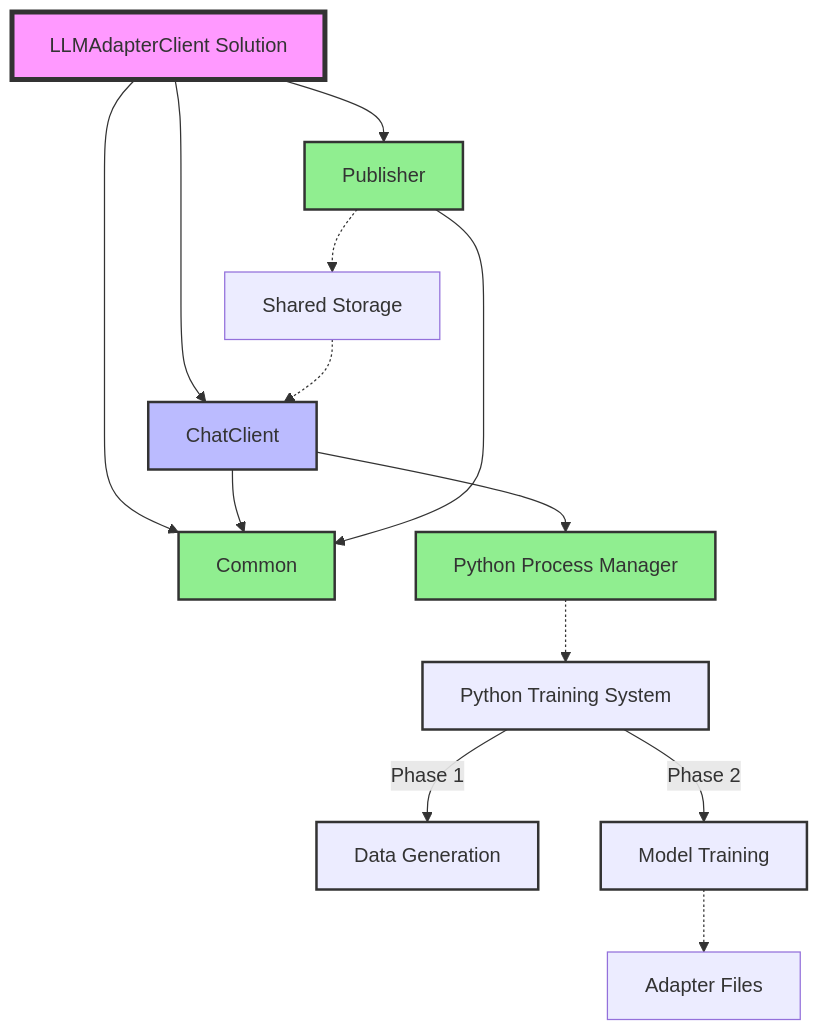
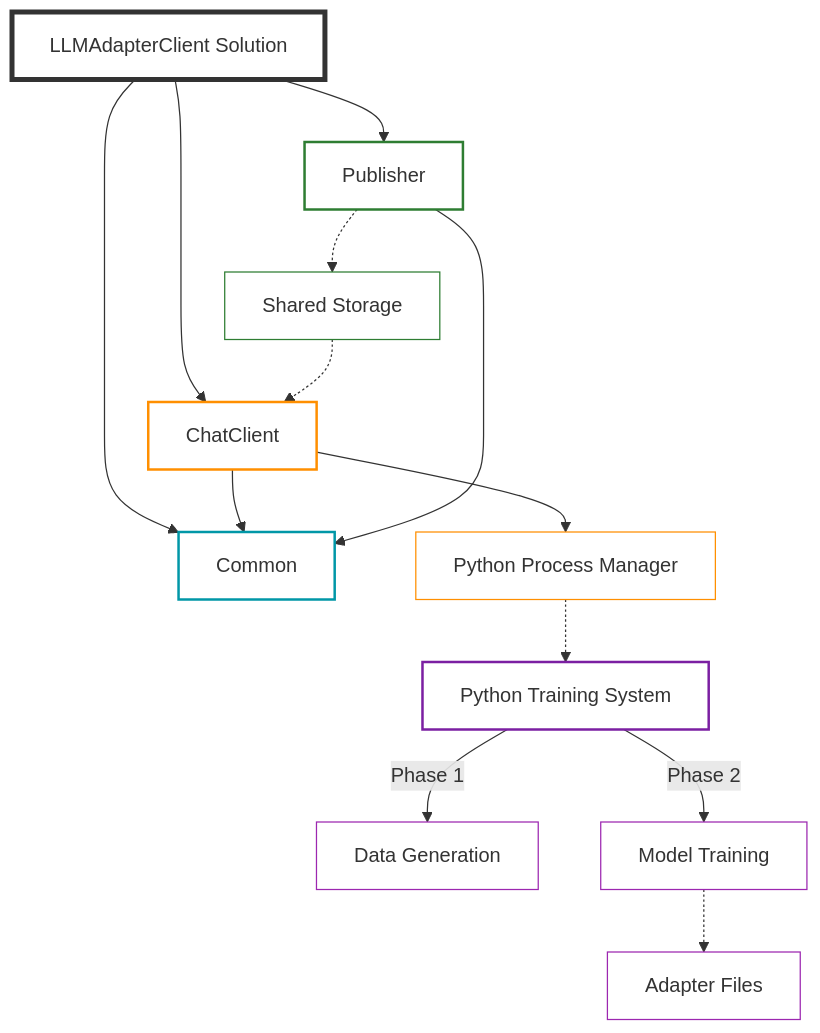
One commit to gsinghjay/LLMAdapterClient changed the first of 8 diagrams in STORY.md. Above: the diagram before and after it, drawn with Mermaid. The commit also changed other lines of this file, not shown here.

Commit message:
docs(diagrams): align mermaid diagrams with project styling standards

````diff
--- a/STORY.md
+++ b/STORY.md
@@ -7,27 +7,32 @@
 ```mermaid
-graph TD
+flowchart TD
+    %% Main solution components
     A[LLMAdapterClient Solution] --> B[ChatClient]
     A --> C[Publisher]
     A --> D[Common]
     
     B --> D
     C --> D
     
     B --> PM[Python Process Manager]
 
+    %% Python training system
     P[Python Training System] -->|Phase 1| G[Data Generation]
     P -->|Phase 2| H[Model Training]
     H -.-> E[Adapter Files]
     C -.-> F[Shared Storage]
     F -.-> B
     PM -.-> P
 
-    style A fill:#f9f,stroke:#333,stroke-width:4px
-    style B fill:#bbf,stroke:#333,stroke-width:2px
-    style C fill:#90EE90,stroke:#333,stroke-width:2px
-    style D fill:#90EE90,stroke:#333,stroke-width:2px
-    style P fill:#yellow,stroke:#333,stroke-width:2px
-    style G fill:#lightgreen,stroke:#333,stroke-width:2px
-    style H fill:#lightgreen,stroke:#333,stroke-width:2px
-    style PM fill:#90EE90,stroke:#333,stroke-width:2px
+    %% Apply styling according to standards
+    style A fill:transparent,stroke:#333,stroke-width:4px,fontFamily:Arial,sans-serif,fontSize:16px
+    style B fill:transparent,stroke:#ff8f00,stroke-width:2px,fontFamily:Arial,sans-serif,fontSize:14px
+    style C fill:transparent,stroke:#2e7d32,stroke-width:2px,fontFamily:Arial,sans-serif,fontSize:14px
+    style D fill:transparent,stroke:#0097a7,stroke-width:2px,fontFamily:Arial,sans-serif,fontSize:14px
+    style P fill:transparent,stroke:#7b1fa2,stroke-width:2px,fontFamily:Arial,sans-serif,fontSize:14px
+    style G fill:transparent,stroke:#9c27b0,stroke-width:1px,fontFamily:Arial,sans-serif,fontSize:12px
+    style H fill:transparent,stroke:#9c27b0,stroke-width:1px,fontFamily:Arial,sans-serif,fontSize:12px
+    style PM fill:transparent,stroke:#ff8f00,stroke-width:1px,fontFamily:Arial,sans-serif,fontSize:12px
+    style E fill:transparent,stroke:#9c27b0,stroke-width:1px,fontFamily:Arial,sans-serif,fontSize:12px
+    style F fill:transparent,stroke:#2e7d32,stroke-width:1px,fontFamily:Arial,sans-serif,fontSize:12px
 ```
````
